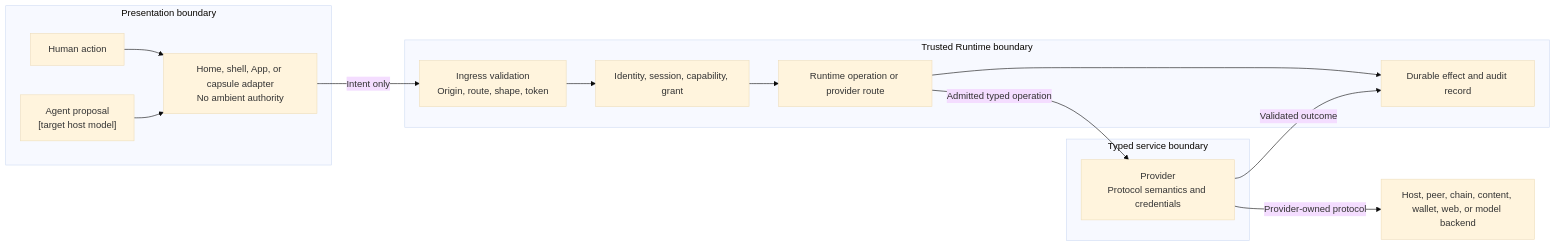
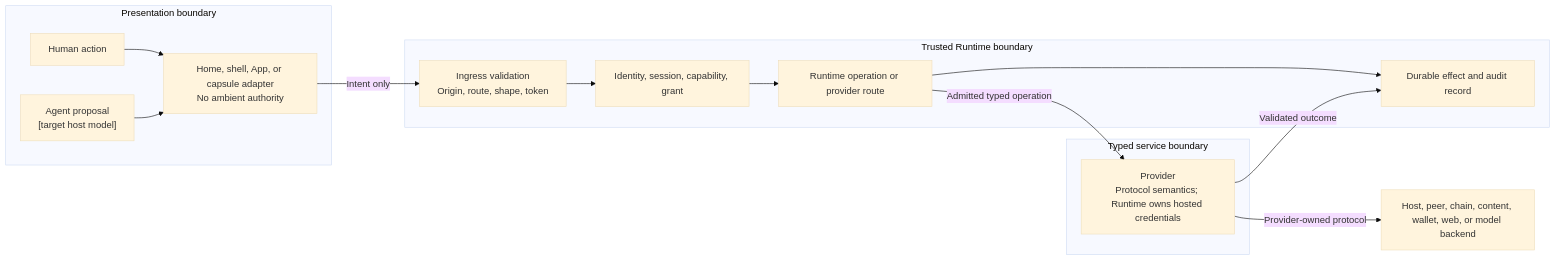
Before and after one commit to Elacity/elastos-runtime: the eighth of 14 diagrams in docs/system-map/c4.md, drawn with Mermaid (base theme). The commit also changed other lines of this file and 13 other files, not shown here.

````diff
--- a/docs/system-map/c4.md
+++ b/docs/system-map/c4.md
@@ -380,31 +381,31 @@
 ```mermaid
 flowchart LR
   subgraph presentation["Presentation boundary"]
     human["Human action"]
     agent["Agent proposal<br/>[target host model]"]
     surface["Home, shell, App, or capsule adapter<br/>No ambient authority"]
   end
 
   subgraph trusted["Trusted Runtime boundary"]
     edge["Ingress validation<br/>Origin, route, shape, token"]
     gate["Identity, session, capability, grant"]
     route["Runtime operation or provider route"]
     audit["Durable effect and audit record"]
   end
 
   subgraph service["Typed service boundary"]
-    provider["Provider<br/>Protocol semantics and credentials"]
+    provider["Provider<br/>Protocol semantics; Runtime owns hosted credentials"]
   end
 
   world["Host, peer, chain, content, wallet, web, or model backend"]
 
   human --> surface
   agent --> surface
   surface -->|"Intent only"| edge
   edge --> gate
   gate --> route
   route -->|"Admitted typed operation"| provider
   route --> audit
   provider -->|"Provider-owned protocol"| world
   provider -->|"Validated outcome"| audit
 ```
````
